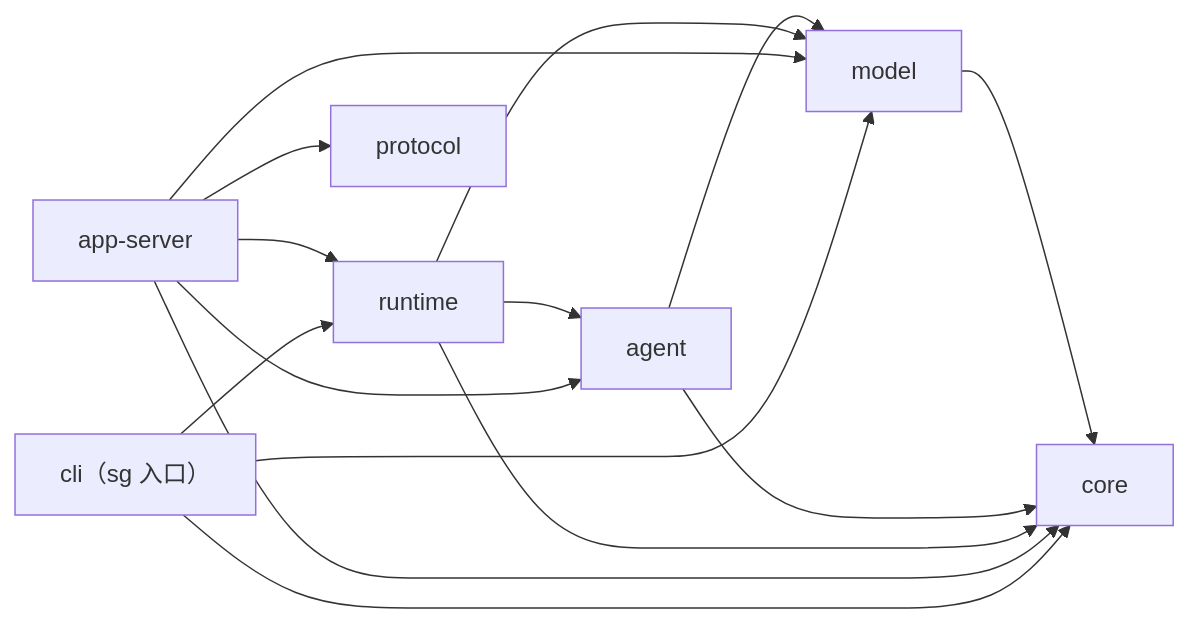
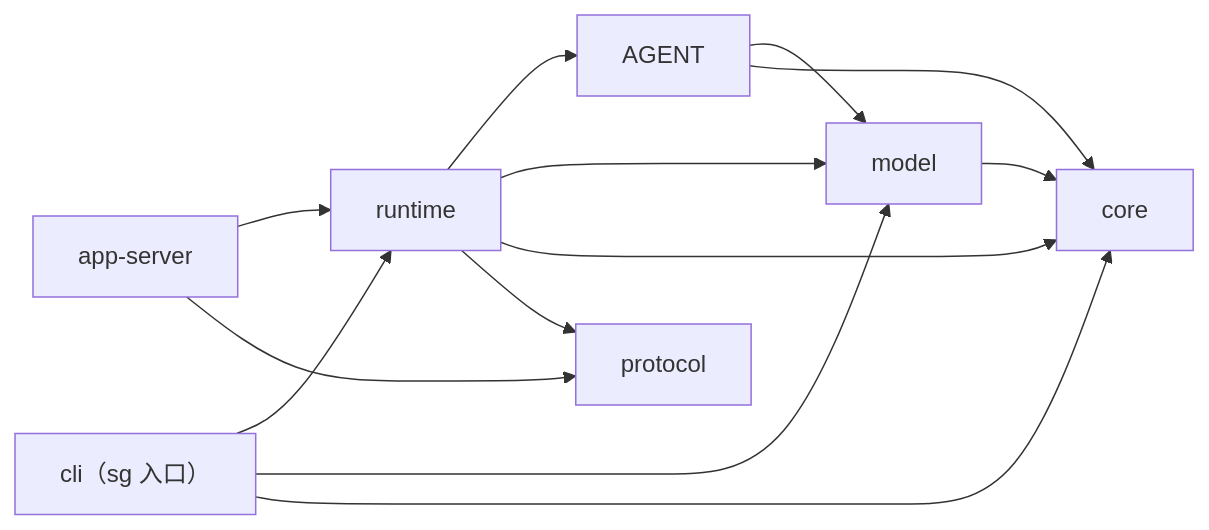
The second of 10 diagrams in docs/repository-map.md (qjcnmd/singularity-agent), drawn with Mermaid before and after one commit. The commit also changed other lines of this file and 22 other files, not shown here.

````diff
--- a/docs/repository-map.md
+++ b/docs/repository-map.md
@@ -32,17 +33,15 @@
 ```mermaid
 flowchart LR
     CLI["cli（sg 入口）"] --> RUNTIME["runtime"]
     CLI --> MODEL["model"]
     CLI --> CORE["core"]
     APPSERVER["app-server"] --> RUNTIME
-    APPSERVER --> MODEL
     APPSERVER --> PROTOCOL["protocol"]
-    APPSERVER --> AGENT["agent"]
-    APPSERVER --> CORE
     RUNTIME --> AGENT
     RUNTIME --> MODEL
     RUNTIME --> CORE
+    RUNTIME --> PROTOCOL
     AGENT --> MODEL
     AGENT --> CORE
     MODEL --> CORE
 ```
````
